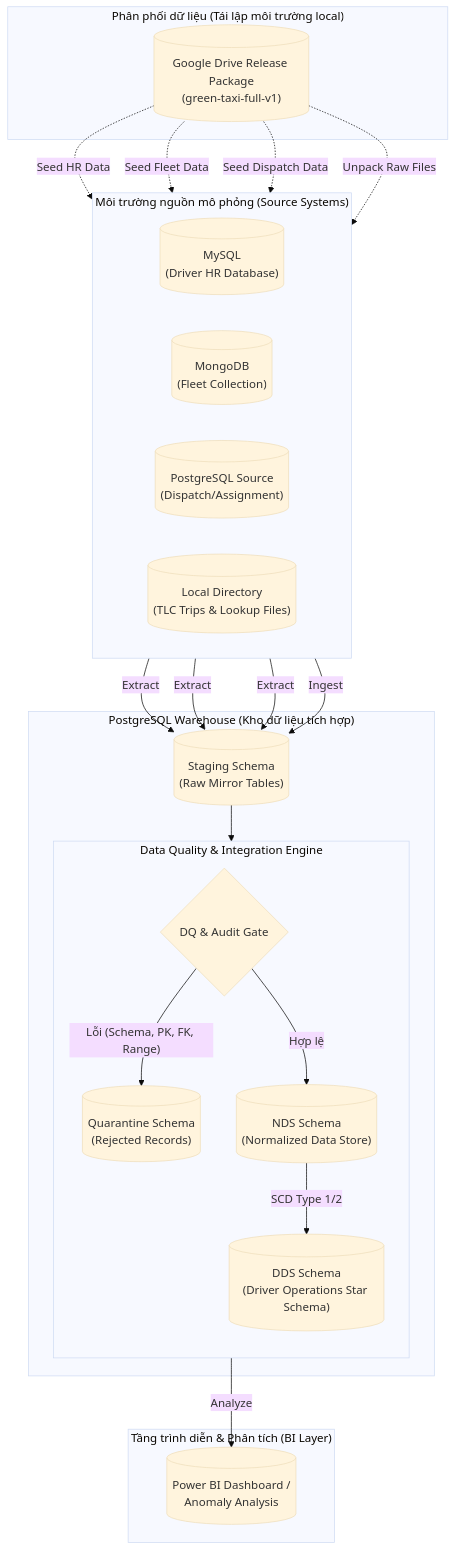
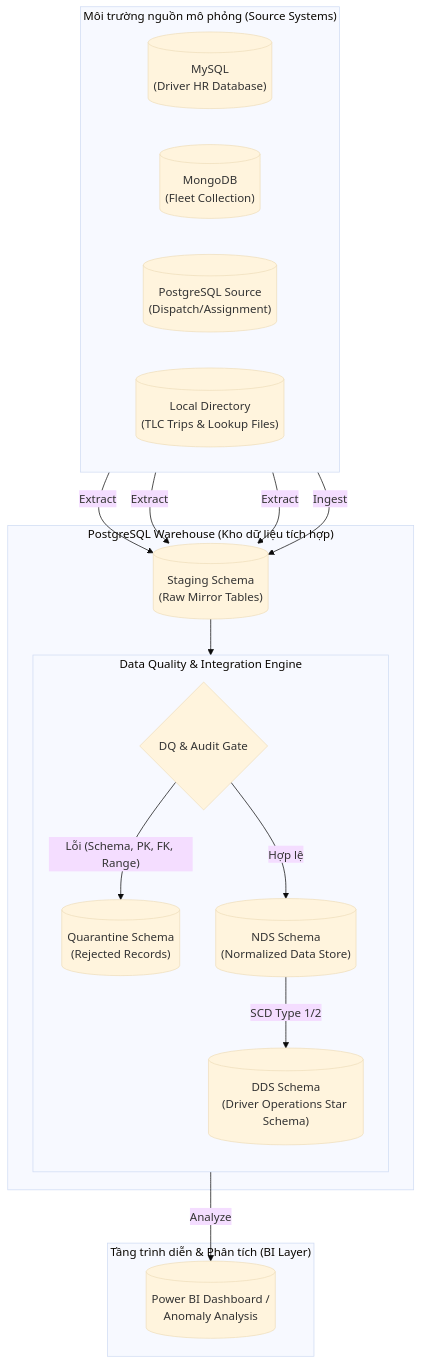
One commit to HuyVuCV1011/Green-taxi changed the first of 3 diagrams in diagrams/README.md. Above: the diagram before and after it, drawn with Mermaid (base theme). The commit also changed other lines of this file and 17 other files, not shown here.

````diff
--- a/diagrams/README.md
+++ b/diagrams/README.md
@@ -23,47 +24,37 @@
 ```mermaid
 flowchart TD
-    subgraph Distribution["Phân phối dữ liệu (Tái lập môi trường local)"]
-        GD[("Google Drive Release Package<br>(green-taxi-full-v1)")]
-    end
-
     subgraph Sources["Môi trường nguồn mô phỏng (Source Systems)"]
         direction LR
         MySQL[("MySQL<br>(Driver HR Database)")]
         Mongo[("MongoDB<br>(Fleet Collection)")]
         PG_Src[("PostgreSQL Source<br>(Dispatch/Assignment)")]
         Files[("Local Directory<br>(TLC Trips & Lookup Files)")]
     end
 
     subgraph DWH["PostgreSQL Warehouse (Kho dữ liệu tích hợp)"]
         STG[("Staging Schema<br>(Raw Mirror Tables)")]
 
         subgraph Pipeline["Data Quality & Integration Engine"]
             direction TB
             DQ{"DQ & Audit Gate"}
             Q_Table[("Quarantine Schema<br>(Rejected Records)")]
             NDS[("NDS Schema<br>(Normalized Data Store)")]
             DDS[("DDS Schema<br>(Driver Operations Star Schema)")]
         end
     end
 
     subgraph Presentation["Tầng trình diễn & Phân tích (BI Layer)"]
         PBI[("Power BI Dashboard /<br>Anomaly Analysis")]
     end
 
-    %% Luồng liên kết
-    GD -.->|"Seed HR Data"| MySQL
-    GD -.->|"Seed Fleet Data"| Mongo
-    GD -.->|"Seed Dispatch Data"| PG_Src
-    GD -.->|"Unpack Raw Files"| Files
-
     MySQL -->|"Extract"| STG
     Mongo -->|"Extract"| STG
     PG_Src -->|"Extract"| STG
     Files -->|"Ingest"| STG
 
     STG --> DQ
     DQ -->|"Lỗi (Schema, PK, FK, Range)"| Q_Table
     DQ -->|"Hợp lệ"| NDS
     NDS -->|"SCD Type 1/2"| DDS
     DDS -->|"Analyze"| PBI
 ```
````
